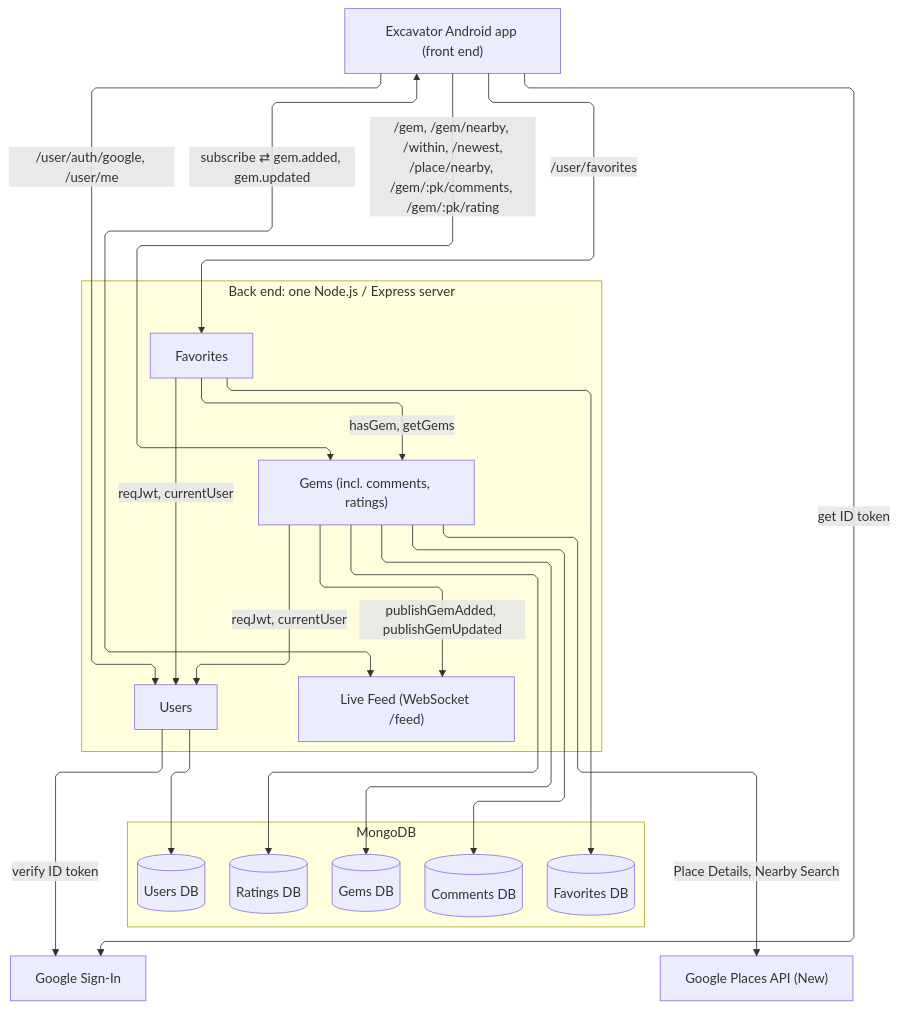
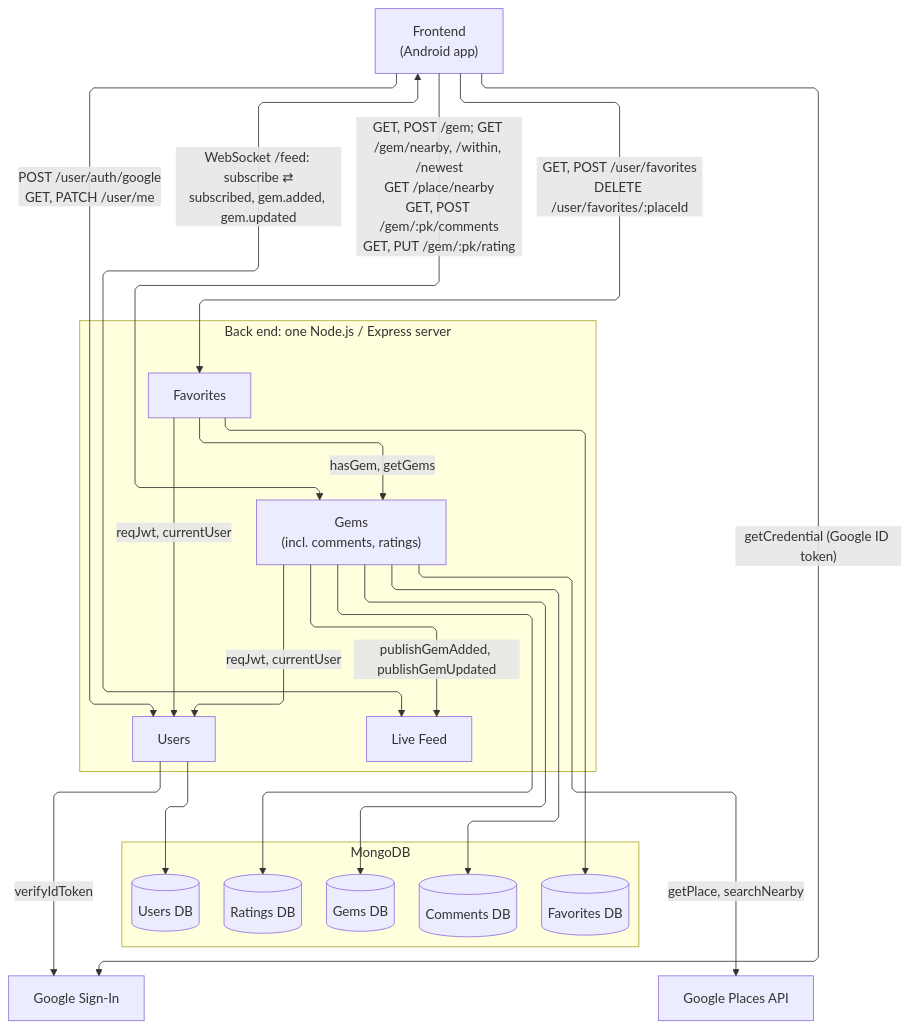
One commit to ubc-cpen-321-excavator/excavator changed the diagram in documentation/diagrams/dependencies.mmd. Above: the diagram before and after it, drawn with Mermaid. The commit also changed 12 other files, not shown here.

Commit message:
docs: redo dependency and sequence diagrams to course conventions

```diff
--- a/documentation/diagrams/dependencies.mmd
+++ b/documentation/diagrams/dependencies.mmd
@@ -1,48 +1,48 @@
 ---
 config:
   layout: elk
   flowchart:
     curve: linear
 ---
 flowchart TB
-  App["Excavator Android app (front end)"]
+  App["Frontend<br/>(Android app)"]
   SignIn["Google Sign-In"]
 
   subgraph Backend["Back end: one Node.js / Express server"]
     direction LR
     Users["Users"]
     Favs["Favorites"]
-    Gems["Gems (incl. comments, ratings)"]
-    Feed["Live Feed (WebSocket /feed)"]
+    Gems["Gems<br/>(incl. comments, ratings)"]
+    Feed["Live Feed"]
   end
 
-  Places["Google Places API (New)"]
+  Places["Google Places API"]
 
   subgraph DBs["MongoDB"]
     direction LR
     UsersDB[("Users DB")]
     FavsDB[("Favorites DB")]
     GemsDB[("Gems DB")]
     CommentsDB[("Comments DB")]
     RatingsDB[("Ratings DB")]
   end
 
-  App -->|"get ID token"| SignIn
-  App -->|"/user/auth/google, /user/me"| Users
-  App -->|"/user/favorites"| Favs
-  App -->|"/gem, /gem/nearby, /within, /newest,<br/>/place/nearby, /gem/:pk/comments, /gem/:pk/rating"| Gems
-  App <-->|"subscribe ⇄ gem.added, gem.updated"| Feed
+  App -->|"getCredential (Google ID token)"| SignIn
+  App -->|"POST /user/auth/google<br/>GET, PATCH /user/me"| Users
+  App -->|"GET, POST /user/favorites<br/>DELETE /user/favorites/:placeId"| Favs
+  App -->|"GET, POST /gem; GET /gem/nearby, /within, /newest<br/>GET /place/nearby<br/>GET, POST /gem/:pk/comments<br/>GET, PUT /gem/:pk/rating"| Gems
+  App <-->|"WebSocket /feed: subscribe ⇄<br/>subscribed, gem.added, gem.updated"| Feed
 
   Favs -->|"reqJwt, currentUser"| Users
   Gems -->|"reqJwt, currentUser"| Users
   Favs -->|"hasGem, getGems"| Gems
   Gems -->|"publishGemAdded, publishGemUpdated"| Feed
 
-  Users -->|"verify ID token"| SignIn
-  Gems -->|"Place Details, Nearby Search"| Places
+  Users -->|"verifyIdToken"| SignIn
+  Gems -->|"getPlace, searchNearby"| Places
 
   Users --> UsersDB
   Favs --> FavsDB
   Gems --> GemsDB
   Gems --> CommentsDB
   Gems --> RatingsDB
```
